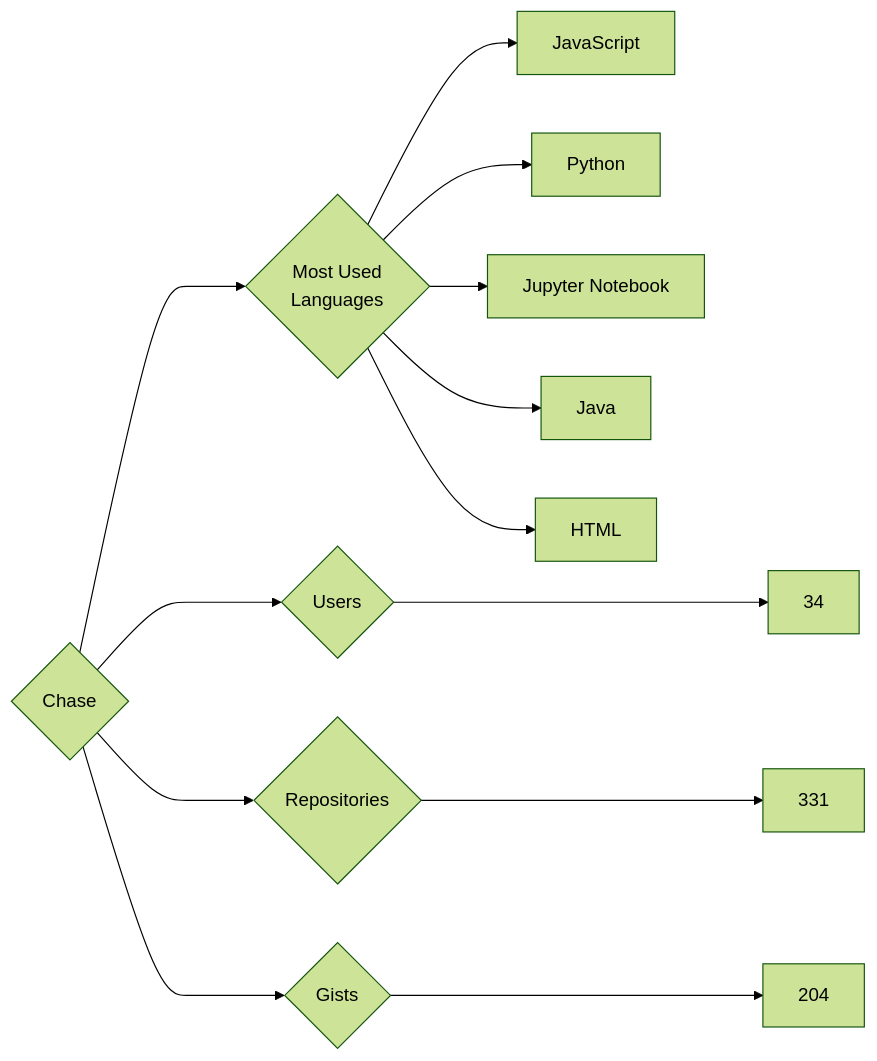
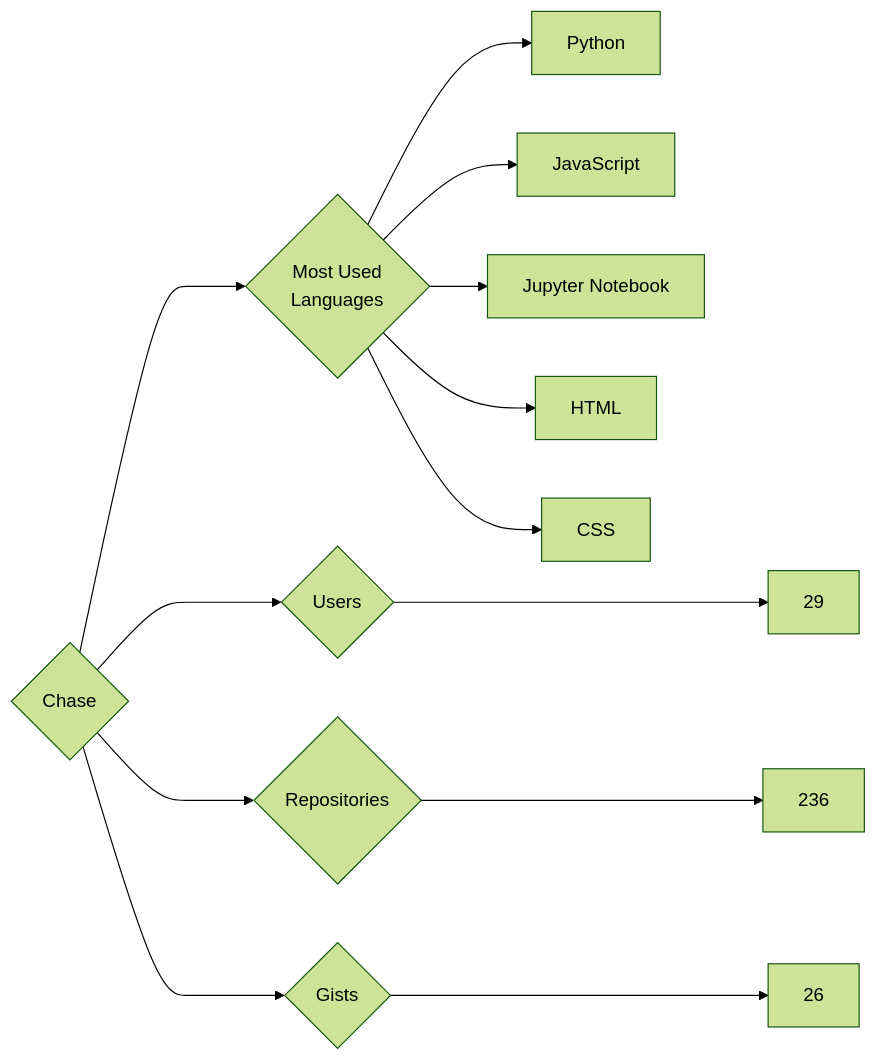
Before and after one commit to trickest/insiders: the diagram in targets/Chase/README.md, drawn with Mermaid (forest theme). The commit also changed 916 other files, not shown here.

````diff
--- a/targets/Chase/README.md
+++ b/targets/Chase/README.md
@@ -3,13 +3,13 @@
 ```mermaid
 graph LR
 COMPANY_NAME{Chase}
-COMPANY_NAME ---> U{Users} ---> UN[34]
-COMPANY_NAME ---> R{Repositories} ---> RN[331]
-COMPANY_NAME ---> G{Gists} ---> GN[204]
+COMPANY_NAME ---> U{Users} ---> UN[29]
+COMPANY_NAME ---> R{Repositories} ---> RN[236]
+COMPANY_NAME ---> G{Gists} ---> GN[26]
 COMPANY_NAME ---> ML{Most Used<br>Languages}
+ML --> Python[Python]
 ML --> JavaScript[JavaScript]
-ML --> Python[Python]
 ML --> Jupyter_Notebook[Jupyter Notebook]
-ML --> Java[Java]
 ML --> HTML[HTML]
+ML --> CSS[CSS]
 ```
````
